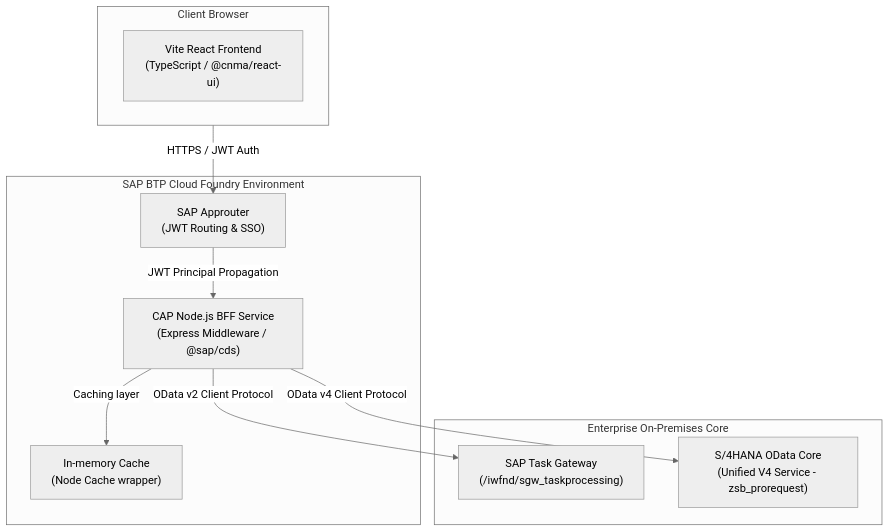
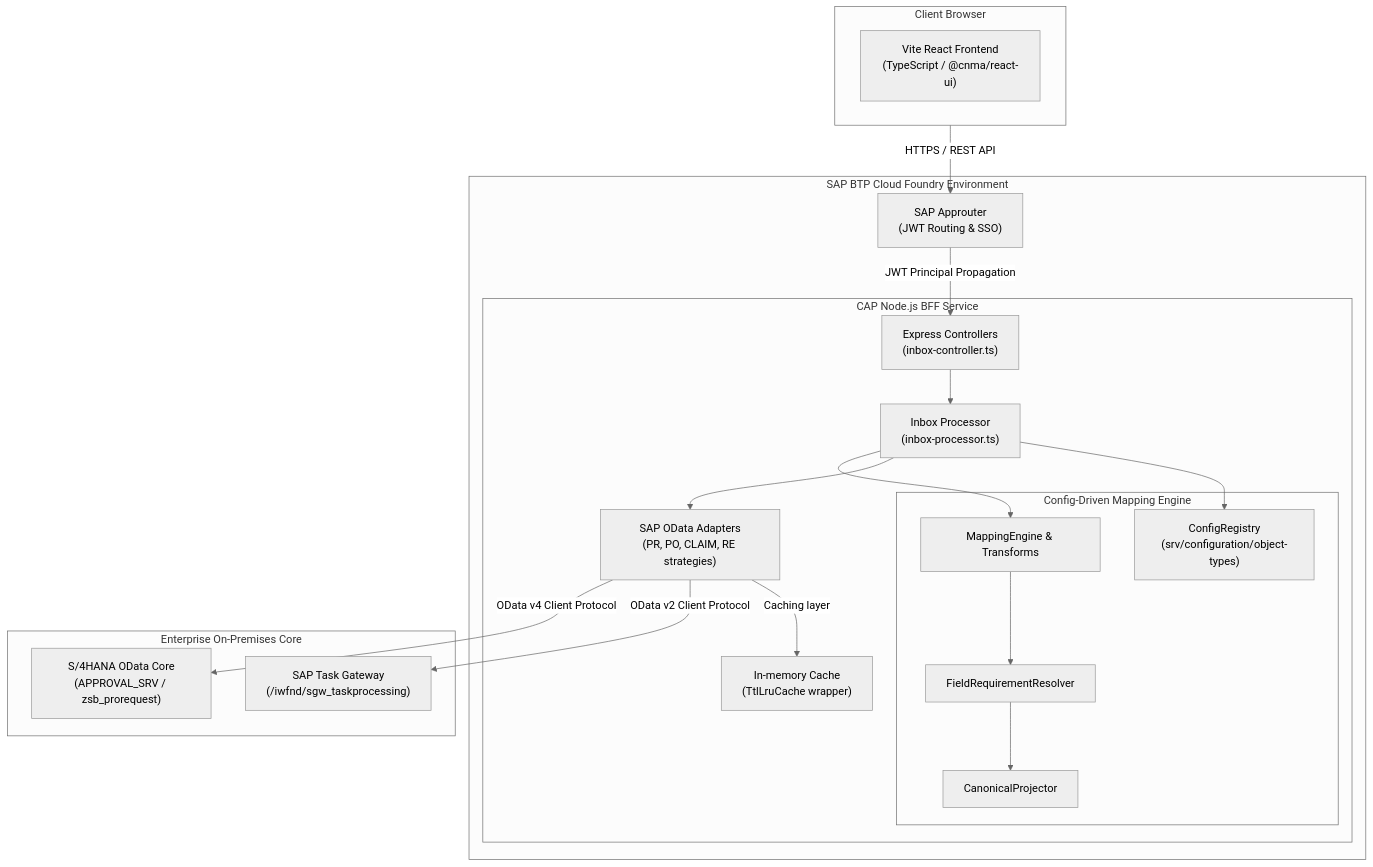
One commit to mindinh/approval-app changed the first of 2 diagrams in docs/technical/01-architecture/01-overview.md. Above: the diagram before and after it, drawn with Mermaid (neutral theme). The commit also changed other lines of this file and 10 other files, not shown here.

Commit message:
docs(all): update technical architecture, REST API references, and business docs

````diff
--- a/docs/technical/01-architecture/01-overview.md
+++ b/docs/technical/01-architecture/01-overview.md
@@ -13,23 +13,42 @@
 ```mermaid
 graph TD
     subgraph ClientSide [Client Browser]
         ReactUI["Vite React Frontend<br/>(TypeScript / @cnma/react-ui)"]
     end
 
     subgraph SAPBTP [SAP BTP Cloud Foundry Environment]
         AppRouter["SAP Approuter<br/>(JWT Routing & SSO)"]
-        BFF["CAP Node.js BFF Service<br/>(Express Middleware / @sap/cds)"]
-        Cache["In-memory Cache<br/>(Node Cache wrapper)"]
+        
+        subgraph BFFService [CAP Node.js BFF Service]
+            Express["Express Controllers<br/>(inbox-controller.ts)"]
+            Proc["Inbox Processor<br/>(inbox-processor.ts)"]
+            
+            subgraph MappingEngine [Config-Driven Mapping Engine]
+                Reg["ConfigRegistry<br/>(srv/configuration/object-types)"]
+                Engine["MappingEngine & Transforms"]
+                Resolver["FieldRequirementResolver"]
+                Projector["CanonicalProjector"]
+            end
+            
+            Adapters["SAP OData Adapters<br/>(PR, PO, CLAIM, RE strategies)"]
+            Cache["In-memory Cache<br/>(TtlLruCache wrapper)"]
+        end
     end
 
     subgraph SAPCore [Enterprise On-Premises Core]
         TaskGW["SAP Task Gateway<br/>(/iwfnd/sgw_taskprocessing)"]
-        S4Core["S/4HANA OData Core<br/>(Unified V4 Service - zsb_prorequest)"]
+        S4Core["S/4HANA OData Core<br/>(APPROVAL_SRV / zsb_prorequest)"]
     end
 
-    ClientSide -->|HTTPS / JWT Auth| AppRouter
-    AppRouter -->|JWT Principal Propagation| BFF
-    BFF -->|Caching layer| Cache
-    BFF -->|OData v2 Client Protocol| TaskGW
-    BFF -->|OData v4 Client Protocol| S4Core
+    ClientSide -->|HTTPS / REST API| AppRouter
+    AppRouter -->|JWT Principal Propagation| Express
+    Express --> Proc
+    Proc --> Reg
+    Proc --> Adapters
+    Adapters -->|Caching layer| Cache
+    Adapters -->|OData v2 Client Protocol| TaskGW
+    Adapters -->|OData v4 Client Protocol| S4Core
+    Proc --> Engine
+    Engine --> Resolver
+    Resolver --> Projector
 ```
````
